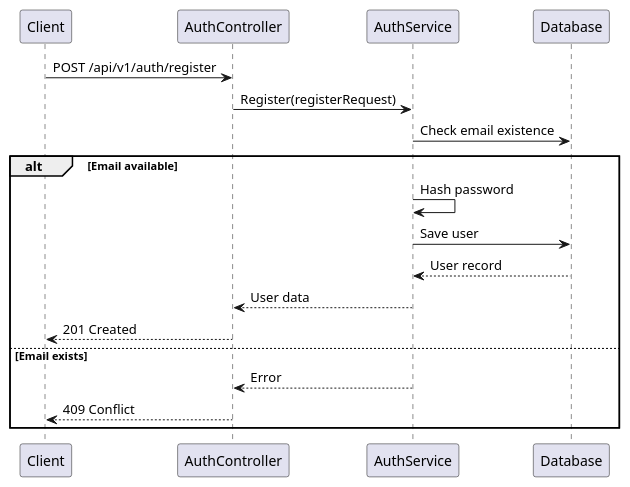
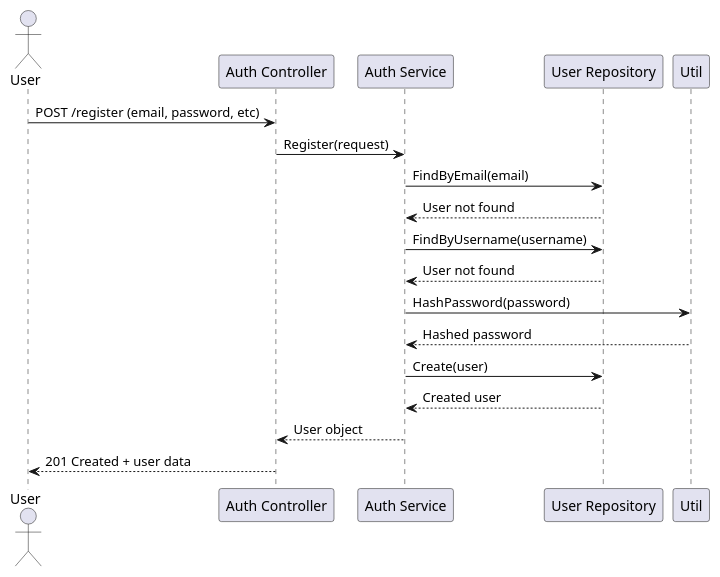
The diagram in docs/sequence_diagrams/user_registration.puml (YukLomba/BE-YukLomba), drawn with PlantUML before and after one commit. The commit also changed 15 other files, not shown here.

Commit message:
add diagram

```diff
--- a/docs/sequence_diagrams/user_registration.puml
+++ b/docs/sequence_diagrams/user_registration.puml
@@ -1,20 +1,22 @@
-@startuml
-participant Client
-participant AuthController
-participant AuthService
-participant Database
+@startuml User Registration Sequence
 
-Client -> AuthController: POST /api/v1/auth/register
-AuthController -> AuthService: Register(registerRequest)
-AuthService -> Database: Check email existence
-alt Email available
-  AuthService -> AuthService: Hash password
-  AuthService -> Database: Save user
-  Database --> AuthService: User record
-  AuthService --> AuthController: User data
-  AuthController --> Client: 201 Created
-else Email exists
-  AuthService --> AuthController: Error
-  AuthController --> Client: 409 Conflict
-end
+actor User
+participant "Auth Controller" as AC
+participant "Auth Service" as AS
+participant "User Repository" as UR
+participant "Util" as Util
+
+User -> AC: POST /register (email, password, etc)
+AC -> AS: Register(request)
+AS -> UR: FindByEmail(email)
+UR --> AS: User not found
+AS -> UR: FindByUsername(username)
+UR --> AS: User not found
+AS -> Util: HashPassword(password)
+Util --> AS: Hashed password
+AS -> UR: Create(user)
+UR --> AS: Created user
+AS --> AC: User object
+AC --> User: 201 Created + user data
+
 @enduml
```
